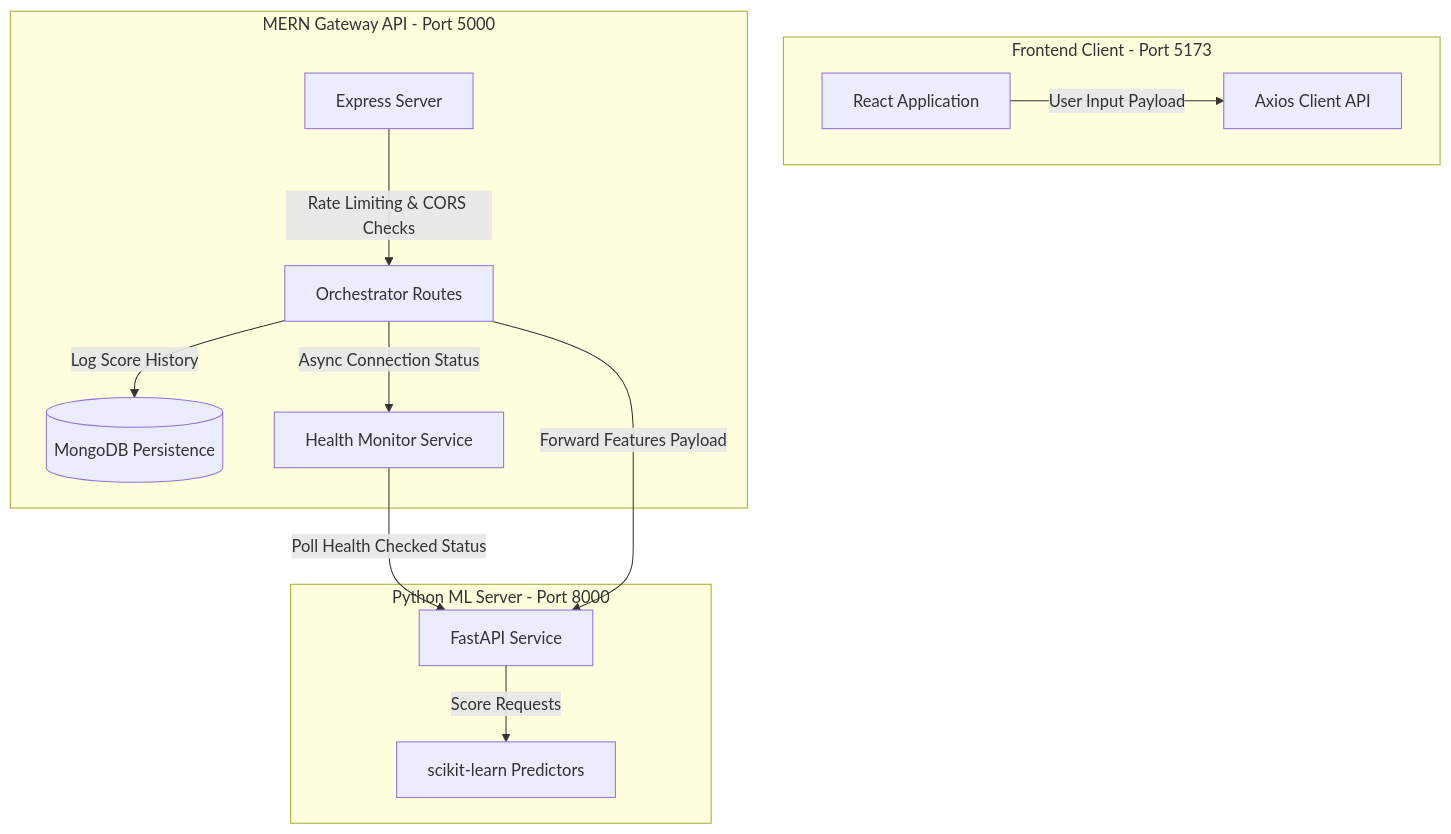
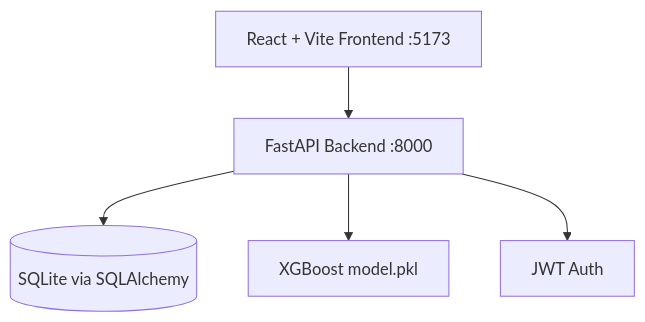
The diagram in README.md (armanpanigrahi59/Credit-Risk-Scoring-Engine), drawn with Mermaid before and after one commit. The commit also changed other lines of this file and 39 other files, not shown here.

Commit message:
Major project restructure with frontend and backend

````diff
--- a/README.md
+++ b/README.md
@@ -25,18 +56,7 @@
 ```mermaid
 graph TD
-    subgraph Client Layer [Frontend Client - Port 5173]
-        A[React Application] -- User Input Payload --> B[Axios Client API]
-    end
-
-    subgraph Application Layer [MERN Gateway API - Port 5000]
-        C[Express Server] -- Rate Limiting & CORS Checks --> D[Orchestrator Routes]
-        D -- Log Score History --> E[(MongoDB Persistence)]
-        D -- Async Connection Status --> F[Health Monitor Service]
-    end
-
-    subgraph Data Science Layer [Python ML Server - Port 8000]
-        G[FastAPI Service] -- Score Requests --> H[scikit-learn Predictors]
-        F -- Poll Health Checked Status --> G
-        D -- Forward Features Payload --> G
-    end
+    A[React + Vite Frontend :5173] --> B[FastAPI Backend :8000]
+    B --> C[(SQLite via SQLAlchemy)]
+    B --> D[XGBoost model.pkl]
+    B --> E[JWT Auth]
 ```
````
